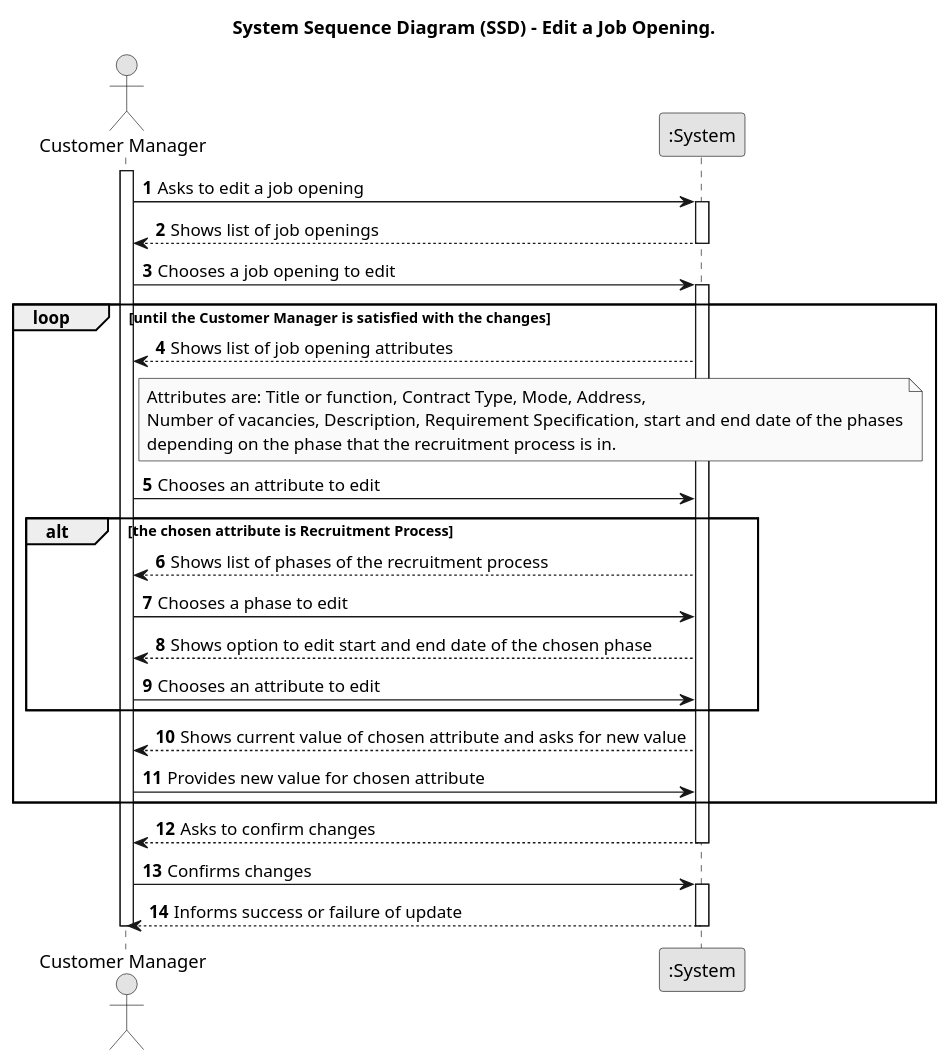
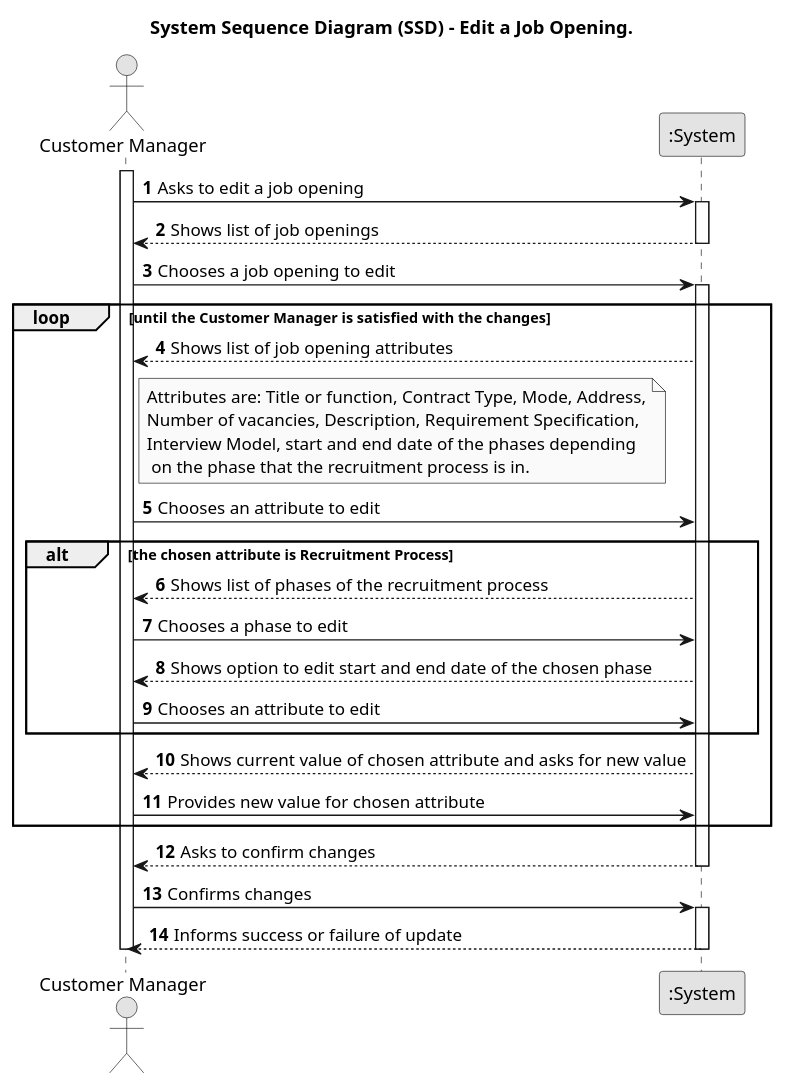
One commit to PureNimble/ISEP-LAPR4 changed the diagram in docs/sprintc/us_1004/01.requirements-engineering/puml/SSD-US1004.puml. Above: the diagram before and after it, drawn with PlantUML. The commit also changed 1 other file, not shown here.

```diff
--- a/docs/sprintc/us_1004/01.requirements-engineering/puml/SSD-US1004.puml
+++ b/docs/sprintc/us_1004/01.requirements-engineering/puml/SSD-US1004.puml
@@ -1,55 +1,55 @@
 @startuml SSD-US1004
 
 skinparam monochrome true
 skinparam packageStyle rectangle
 skinparam shadowing false
 
 title System Sequence Diagram (SSD) - Edit a Job Opening.
 
 autonumber
 
 actor "Customer Manager" as CustomerManager
 participant ":System" as System
 
 activate CustomerManager
 
 CustomerManager -> System : Asks to edit a job opening
 activate System
 
 System --> CustomerManager : Shows list of job openings
 deactivate System
 
 CustomerManager -> System : Chooses a job opening to edit
 activate System
 
 loop until the Customer Manager is satisfied with the changes
     System --> CustomerManager : Shows list of job opening attributes
 
-    note right of CustomerManager : Attributes are: Title or function, Contract Type, Mode, Address,\nNumber of vacancies, Description, Requirement Specification, start and end date of the phases\ndepending on the phase that the recruitment process is in.
+    note right of CustomerManager : Attributes are: Title or function, Contract Type, Mode, Address,\nNumber of vacancies, Description, Requirement Specification,\nInterview Model, start and end date of the phases depending\n on the phase that the recruitment process is in.
 
     CustomerManager -> System : Chooses an attribute to edit
 
     alt the chosen attribute is Recruitment Process
         System --> CustomerManager : Shows list of phases of the recruitment process
         CustomerManager -> System : Chooses a phase to edit
         System --> CustomerManager : Shows option to edit start and end date of the chosen phase
         CustomerManager -> System : Chooses an attribute to edit
     end
     
     System --> CustomerManager : Shows current value of chosen attribute and asks for new value
 
     CustomerManager -> System : Provides new value for chosen attribute
 end
 
 System --> CustomerManager : Asks to confirm changes
 deactivate System
 
 CustomerManager -> System : Confirms changes
 activate System
 
 System --> CustomerManager : Informs success or failure of update
 deactivate System
 
 deactivate CustomerManager
 
 @enduml
```
